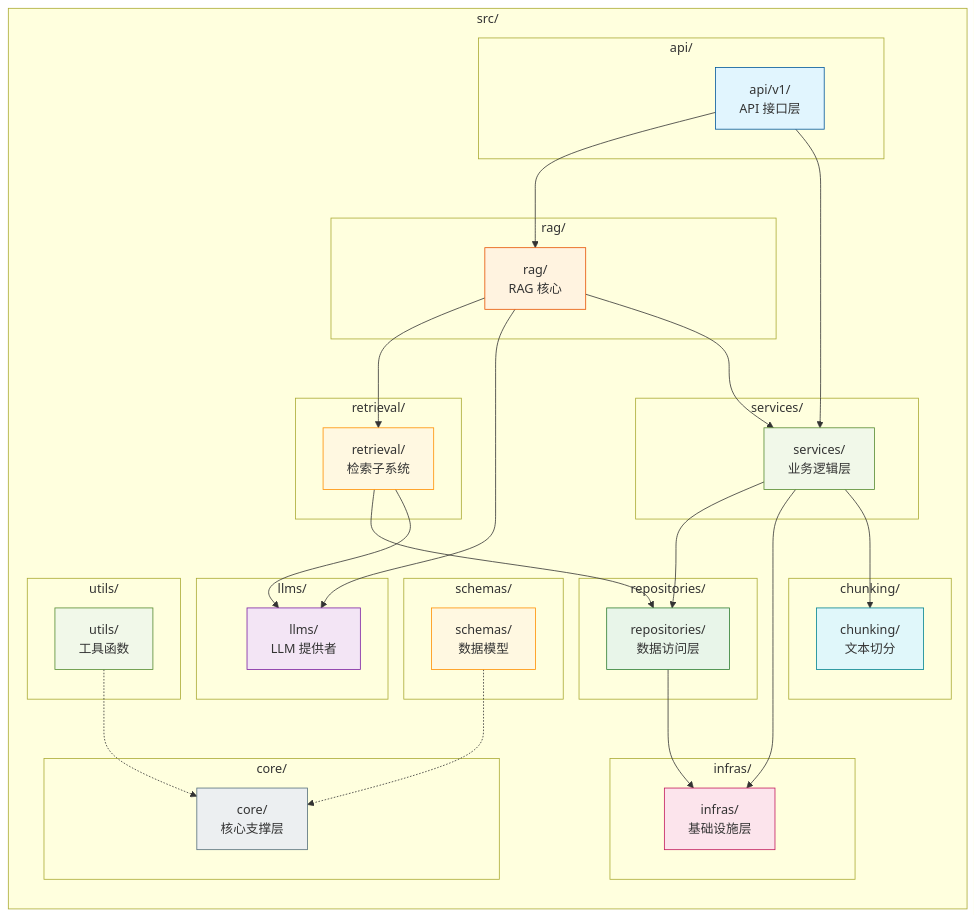
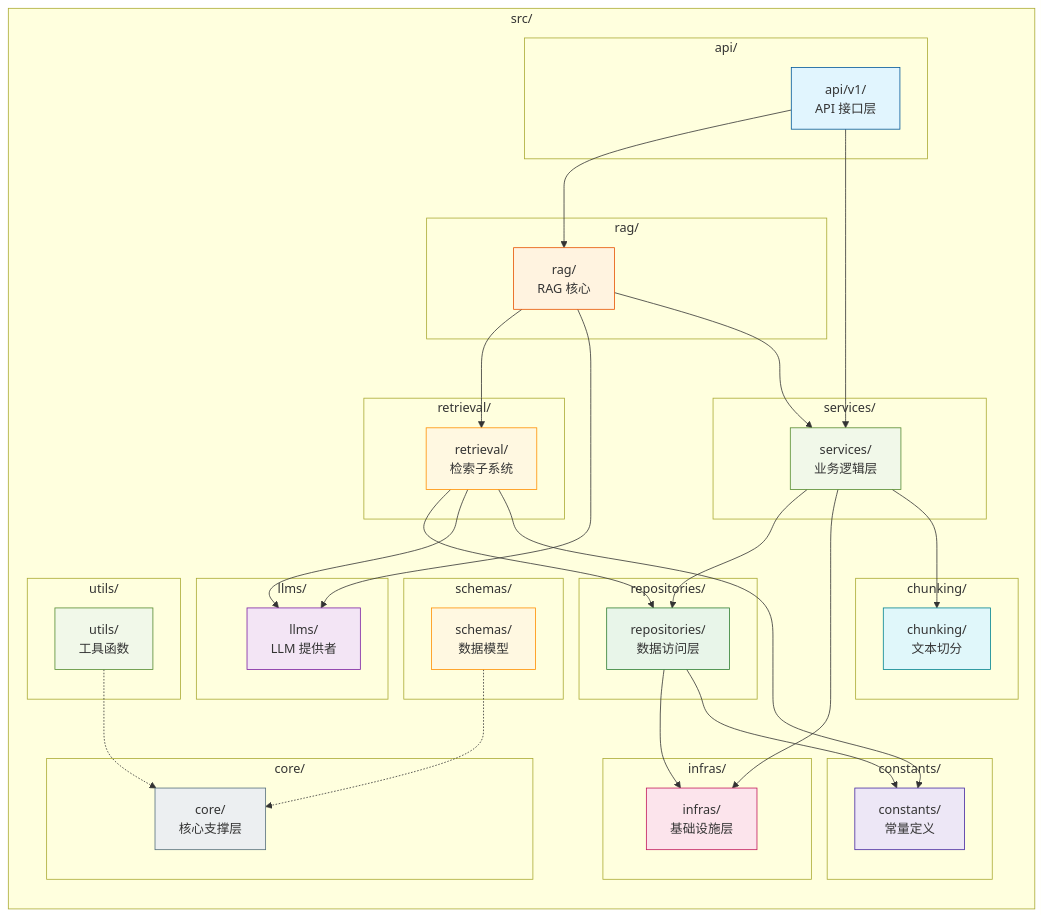
Before and after one commit to chain-engine/x-rag: the second of 3 diagrams in README.md, drawn with Mermaid. The commit also changed other lines of this file and 1 other file, not shown here.

````diff
--- a/README.md
+++ b/README.md
@@ -274,75 +288,82 @@
 ```mermaid
 graph LR
     subgraph "src/"
         subgraph "api/"
             API["api/v1/<br/>API 接口层"]
         end
 
         subgraph "rag/"
             RAG["rag/<br/>RAG 核心"]
         end
 
         subgraph "retrieval/"
             RET["retrieval/<br/>检索子系统"]
         end
 
         subgraph "llms/"
             LLMS["llms/<br/>LLM 提供者"]
         end
 
         subgraph "chunking/"
             CHK["chunking/<br/>文本切分"]
         end
 
         subgraph "services/"
             SVC["services/<br/>业务逻辑层"]
         end
 
         subgraph "repositories/"
             REPO["repositories/<br/>数据访问层"]
         end
 
         subgraph "infras/"
             INFRAS["infras/<br/>基础设施层"]
         end
 
         subgraph "core/"
             CORE["core/<br/>核心支撑层"]
         end
 
+        subgraph "constants/"
+            CONST["constants/<br/>常量定义"]
+        end
+
         subgraph "schemas/"
             SCHEMAS["schemas/<br/>数据模型"]
         end
 
         subgraph "utils/"
             UTILS["utils/<br/>工具函数"]
         end
     end
 
     API --> RAG
     API --> SVC
     RAG --> RET
     RAG --> LLMS
     RAG --> SVC
     RET --> REPO
     RET --> LLMS
     SVC --> REPO
     SVC --> INFRAS
     SVC --> CHK
     REPO --> INFRAS
+    RET --> CONST
+    REPO --> CONST
 
     SCHEMAS -.-> CORE
     UTILS -.-> CORE
 
     style API fill:#e1f5fe,stroke:#01579b
     style RAG fill:#fff3e0,stroke:#e65100
     style RET fill:#fff8e1,stroke:#ff8f00
     style LLMS fill:#f3e5f5,stroke:#7b1fa2
     style CHK fill:#e0f7fa,stroke:#00838f
     style SVC fill:#f1f8e9,stroke:#558b2f
     style REPO fill:#e8f5e9,stroke:#2e7d32
     style INFRAS fill:#fce4ec,stroke:#c2185b
     style CORE fill:#eceff1,stroke:#546e7a
+    style CONST fill:#ede7f6,stroke:#4527a0
     style SCHEMAS fill:#fff8e1,stroke:#ff8f00
     style UTILS fill:#f1f8e9,stroke:#558b2f
 ```
````
